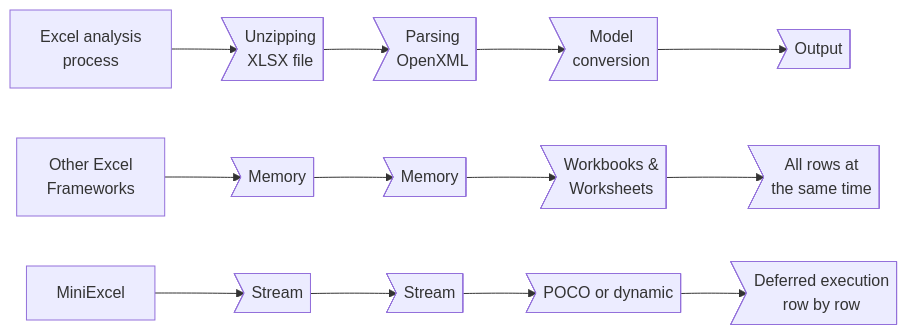
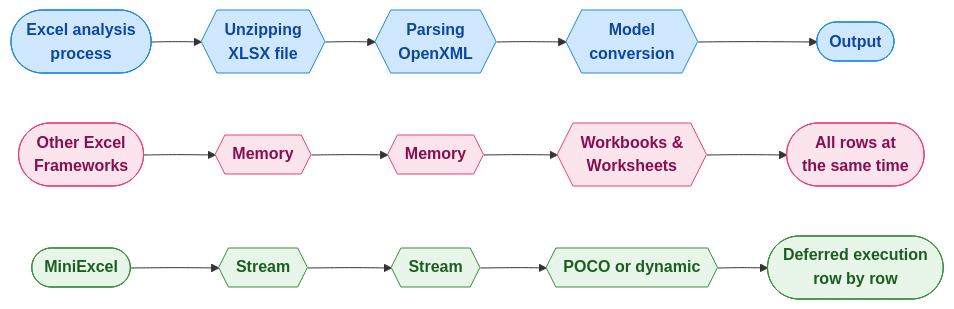
Before and after one commit to mini-software/MiniExcel: the diagram in README.md, drawn with Mermaid. The commit also changed other lines of this file and 2 other files, not shown here.

Commit message:
Change style

````diff
--- a/README.md
+++ b/README.md
@@ -40,8 +40,16 @@
 ```mermaid
 flowchart LR
-    A1["Excel analysis<br>process"] --> A2>"Unzipping<br>XLSX file"] --> A3>"Parsing<br>OpenXML"] --> A4>"Model<br>conversion"] --> A5>"Output"]
+    A1(["Excel analysis<br>process"]) --> A2{{"Unzipping<br>XLSX file"}} --> A3{{"Parsing<br>OpenXML"}} --> A4{{"Model<br>conversion"}} --> A5(["Output"])
 
-    B1["Other Excel<br>Frameworks"] --> B2>"Memory"] --> B3>"Memory"] --> B4>"Workbooks &<br>Worksheets"] --> B5>"All rows at<br>the same time"]
+    B1(["Other Excel<br>Frameworks"]) --> B2{{"Memory"}} --> B3{{"Memory"}} --> B4{{"Workbooks &<br>Worksheets"}} --> B5(["All rows at<br>the same time"])
 
-    C1["MiniExcel"] --> C2>"Stream"] --> C3>"Stream"] --> C4>"POCO or dynamic"] --> C5>"Deferred execution<br>row by row"]
+    C1(["MiniExcel"]) --> C2{{"Stream"}} --> C3{{"Stream"}} --> C4{{"POCO or dynamic"}} --> C5(["Deferred execution<br>row by row"])
+
+    classDef analysis fill:#D0E8FF,stroke:#1E88E5,color:#0D47A1,font-weight:bold;
+    classDef others fill:#FCE4EC,stroke:#EC407A,color:#880E4F,font-weight:bold;
+    classDef miniexcel fill:#E8F5E9,stroke:#388E3C,color:#1B5E20,font-weight:bold;
+
+    class A1,A2,A3,A4,A5 analysis;
+    class B1,B2,B3,B4,B5 others;
+    class C1,C2,C3,C4,C5 miniexcel;
 ```
````
